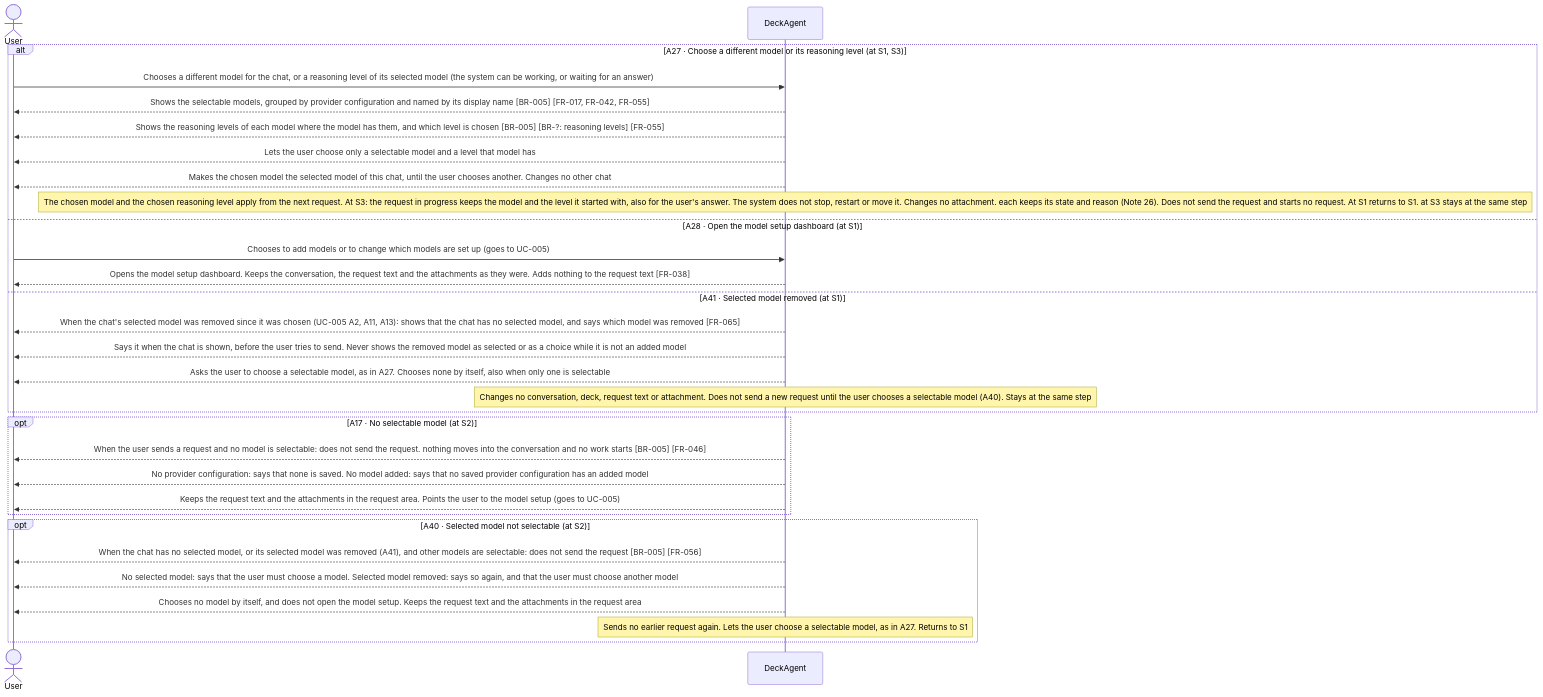
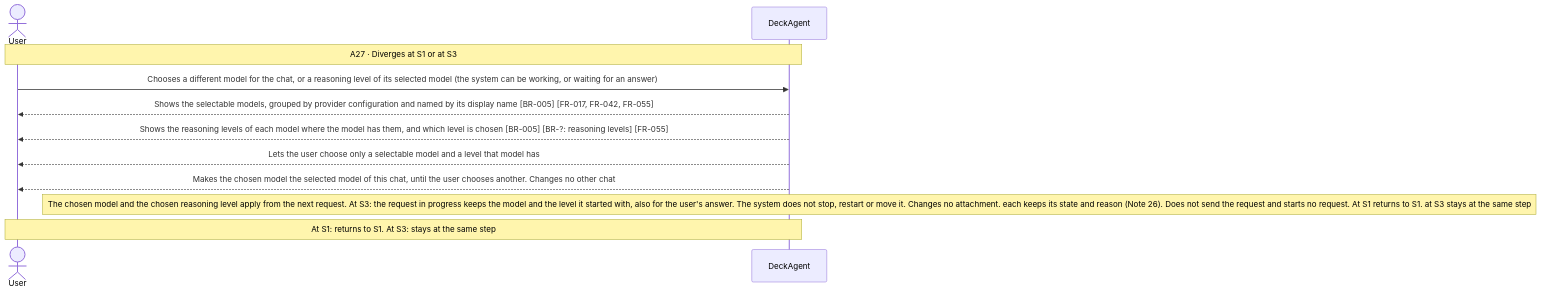
Diagram 18 of 28 in docs/spec/03-use-cases/UC-003.md (Luke23127006/DeckAgent), drawn with Mermaid before and after one commit. The commit also changed other lines of this file and 25 other files, not shown here.

Commit message:
docs(spec): restructure use cases with main flow first

````diff
--- a/docs/spec/03-use-cases/UC-003.md
+++ b/docs/spec/03-use-cases/UC-003.md
@@ -91,32 +272,13 @@
 ```mermaid
 sequenceDiagram
     actor User
     participant DeckAgent
-    alt A27 · Choose a different model or its reasoning level (at S1, S3)
-        User->>DeckAgent: Chooses a different model for the chat, or a reasoning level of its selected model (the system can be working, or waiting for an answer)
-        DeckAgent-->>User: Shows the selectable models, grouped by provider configuration and named by its display name [BR-005] [FR-017, FR-042, FR-055]
-        DeckAgent-->>User: Shows the reasoning levels of each model where the model has them, and which level is chosen [BR-005] [BR-?: reasoning levels] [FR-055]
-        DeckAgent-->>User: Lets the user choose only a selectable model and a level that model has
-        DeckAgent-->>User: Makes the chosen model the selected model of this chat, until the user chooses another. Changes no other chat
-        note over DeckAgent: The chosen model and the chosen reasoning level apply from the next request. At S3: the request in progress keeps the model and the level it started with, also for the user's answer. The system does not stop, restart or move it. Changes no attachment. each keeps its state and reason (Note 26). Does not send the request and starts no request. At S1 returns to S1. at S3 stays at the same step
-    else A28 · Open the model setup dashboard (at S1)
-        User->>DeckAgent: Chooses to add models or to change which models are set up (goes to UC-005)
-        DeckAgent-->>User: Opens the model setup dashboard. Keeps the conversation, the request text and the attachments as they were. Adds nothing to the request text [FR-038]
-    else A41 · Selected model removed (at S1)
-        DeckAgent-->>User: When the chat's selected model was removed since it was chosen (UC-005 A2, A11, A13): shows that the chat has no selected model, and says which model was removed [FR-065]
-        DeckAgent-->>User: Says it when the chat is shown, before the user tries to send. Never shows the removed model as selected or as a choice while it is not an added model
-        DeckAgent-->>User: Asks the user to choose a selectable model, as in A27. Chooses none by itself, also when only one is selectable
-        note over DeckAgent: Changes no conversation, deck, request text or attachment. Does not send a new request until the user chooses a selectable model (A40). Stays at the same step
-    end
-    opt A17 · No selectable model (at S2)
-        DeckAgent-->>User: When the user sends a request and no model is selectable: does not send the request. nothing moves into the conversation and no work starts [BR-005] [FR-046]
-        DeckAgent-->>User: No provider configuration: says that none is saved. No model added: says that no saved provider configuration has an added model
-        DeckAgent-->>User: Keeps the request text and the attachments in the request area. Points the user to the model setup (goes to UC-005)
-    end
-    opt A40 · Selected model not selectable (at S2)
-        DeckAgent-->>User: When the chat has no selected model, or its selected model was removed (A41), and other models are selectable: does not send the request [BR-005] [FR-056]
-        DeckAgent-->>User: No selected model: says that the user must choose a model. Selected model removed: says so again, and that the user must choose another model
-        DeckAgent-->>User: Chooses no model by itself, and does not open the model setup. Keeps the request text and the attachments in the request area
-        note over DeckAgent: Sends no earlier request again. Lets the user choose a selectable model, as in A27. Returns to S1
-    end
+    Note over User,DeckAgent: A27 · Diverges at S1 or at S3
+    User->>DeckAgent: Chooses a different model for the chat, or a reasoning level of its selected model (the system can be working, or waiting for an answer)
+    DeckAgent-->>User: Shows the selectable models, grouped by provider configuration and named by its display name [BR-005] [FR-017, FR-042, FR-055]
+    DeckAgent-->>User: Shows the reasoning levels of each model where the model has them, and which level is chosen [BR-005] [BR-?: reasoning levels] [FR-055]
+    DeckAgent-->>User: Lets the user choose only a selectable model and a level that model has
+    DeckAgent-->>User: Makes the chosen model the selected model of this chat, until the user chooses another. Changes no other chat
+    note over DeckAgent: The chosen model and the chosen reasoning level apply from the next request. At S3: the request in progress keeps the model and the level it started with, also for the user's answer. The system does not stop, restart or move it. Changes no attachment. each keeps its state and reason (Note 26). Does not send the request and starts no request. At S1 returns to S1. at S3 stays at the same step
+    Note over User,DeckAgent: At S1: returns to S1. At S3: stays at the same step
 ```
````
